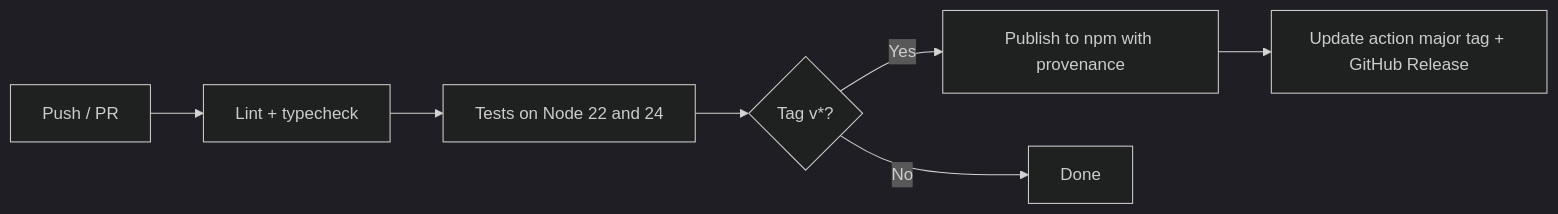
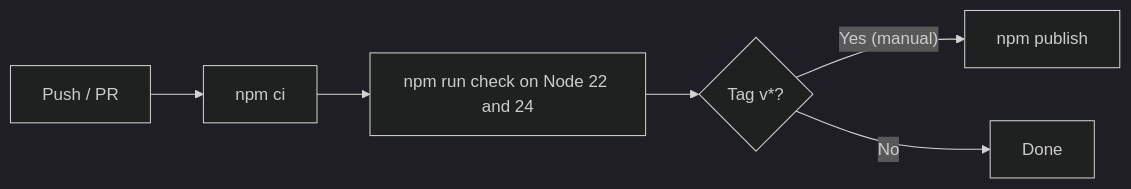
The third of 3 diagrams in README.md (yagnang-vyas/i18n-drift), drawn with Mermaid (dark theme) before and after one commit. The commit also changed other lines of this file and 8 other files, not shown here.

````diff
--- a/README.md
+++ b/README.md
@@ -350,9 +624,8 @@
 ```mermaid
 flowchart LR
-    A["Push / PR"] --> B["Lint + typecheck"]
-    B --> C["Tests on Node 22 and 24"]
+    A["Push / PR"] --> B["npm ci"]
+    B --> C["npm run check on Node 22 and 24"]
     C --> D{"Tag v*?"}
-    D -->|"Yes"| E["Publish to npm with provenance"]
-    E --> F["Update action major tag + GitHub Release"]
-    D -->|"No"| G["Done"]
+    D -->|"Yes (manual)"| E["npm publish"]
+    D -->|"No"| F["Done"]
 ```
````
